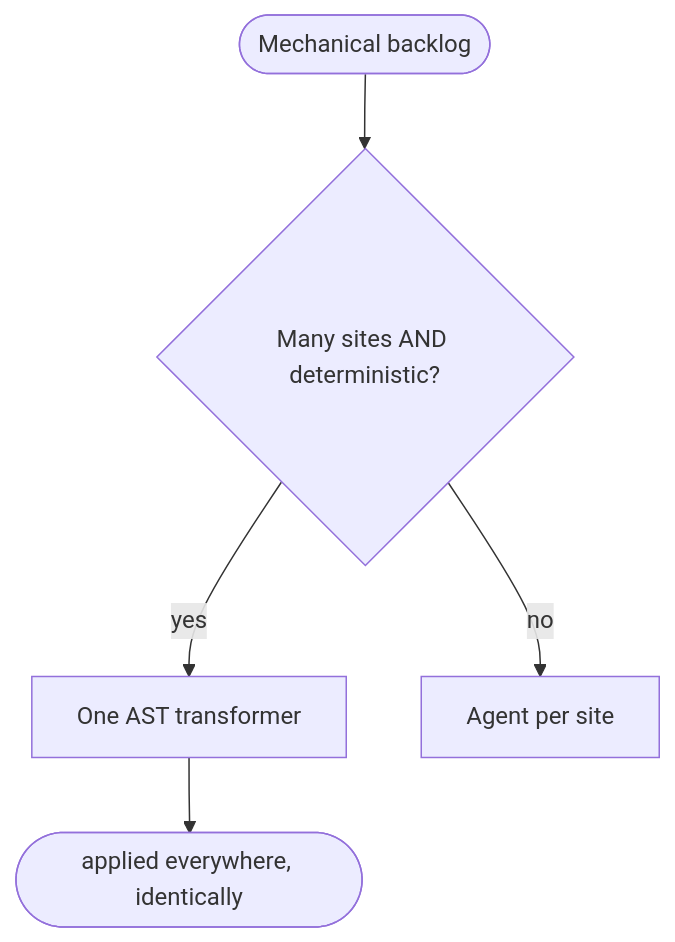
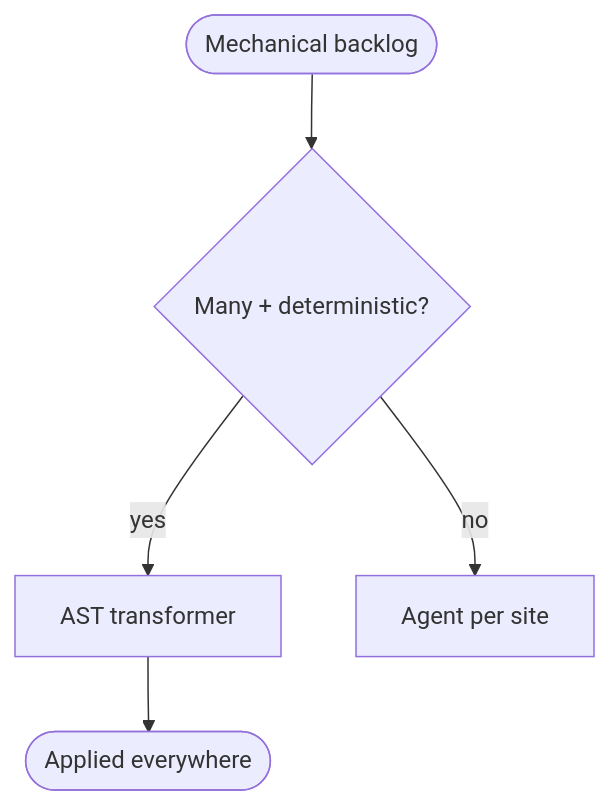
The diagram in book/appendix-fills/product/codemod-first.md (davisjam/agent-governance-mechanisms), drawn with Mermaid before and after one commit. The commit also changed 21 other files, not shown here.

````diff
--- a/book/appendix-fills/product/codemod-first.md
+++ b/book/appendix-fills/product/codemod-first.md
@@ -36,7 +36,7 @@
 ```mermaid
 flowchart TD
-  Backlog([Mechanical backlog]) --> Count{Many sites AND deterministic?}
-  Count -->|yes| Codemod[One AST transformer]
-  Count -->|no| PerSite[Agent per site]
-  Codemod --> Apply([applied everywhere, identically])
+  Backlog([Mechanical backlog]) --> Gate{Many + deterministic?}
+  Gate -->|yes| Codemod[AST transformer]
+  Gate -->|no| PerSite[Agent per site]
+  Codemod --> Applied([Applied everywhere])
 ```
````
